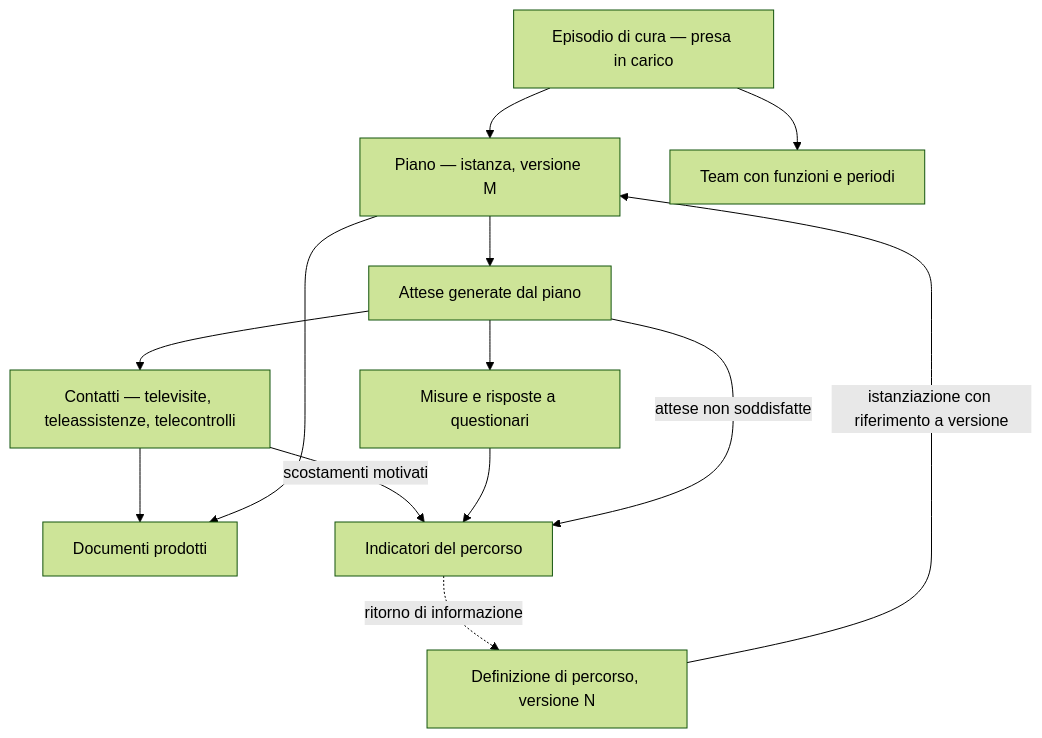
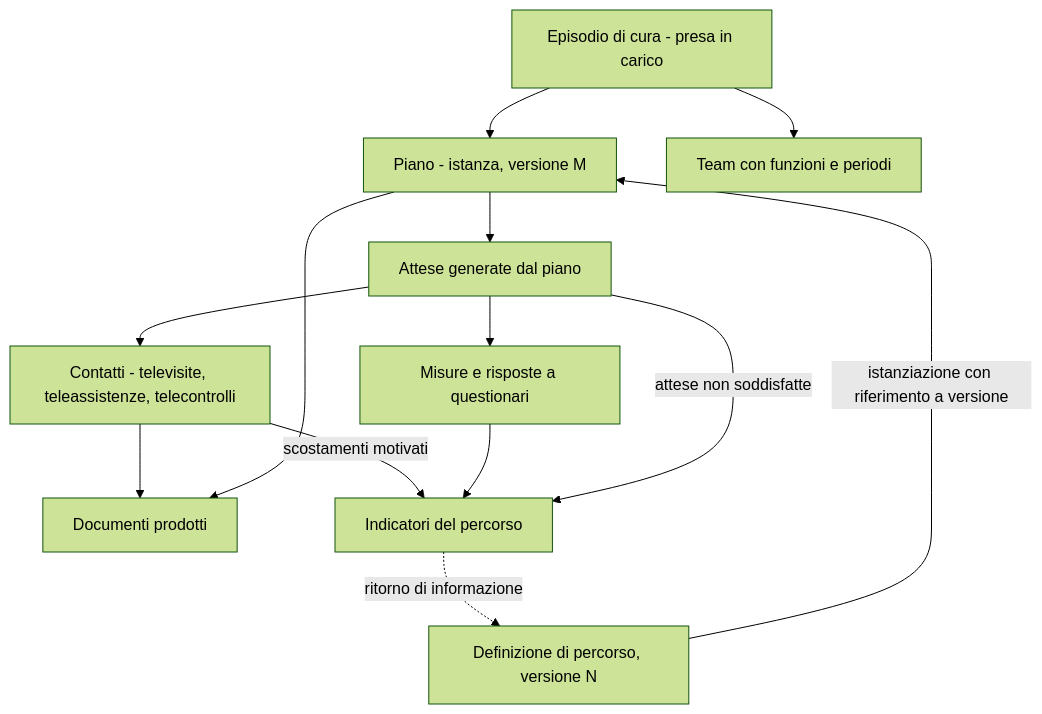
One commit to fedcal/Telemedic changed the second of 2 diagrams in docs/05_domain/08-percorsi-e-piani-di-cura.md. Above: the diagram before and after it, drawn with Mermaid (forest theme). The commit also changed other lines of this file and 301 other files, not shown here.

````diff
--- a/docs/05_domain/08-percorsi-e-piani-di-cura.md
+++ b/docs/05_domain/08-percorsi-e-piani-di-cura.md
@@ -218,25 +218,25 @@
 ```mermaid
 flowchart TB
-    EP["Episodio di cura — presa in carico"]
+    EP["Episodio di cura - presa in carico"]
     DEF["Definizione di percorso, versione N"]
-    PC["Piano — istanza, versione M"]
+    PC["Piano - istanza, versione M"]
     TEAM["Team con funzioni e periodi"]
     ATT["Attese generate dal piano"]
-    ENC["Contatti — televisite, teleassistenze, telecontrolli"]
+    ENC["Contatti - televisite, teleassistenze, telecontrolli"]
     OBS["Misure e risposte a questionari"]
     DOC["Documenti prodotti"]
     IND["Indicatori del percorso"]
 
     DEF -->|"istanziazione con riferimento a versione"| PC
     EP --> PC
     EP --> TEAM
     PC --> ATT
     ATT --> ENC
     ATT --> OBS
     ENC --> DOC
     PC --> DOC
     ENC -->|"scostamenti motivati"| IND
     OBS --> IND
     ATT -->|"attese non soddisfatte"| IND
     IND -.->|"ritorno di informazione"| DEF
 ```
````
